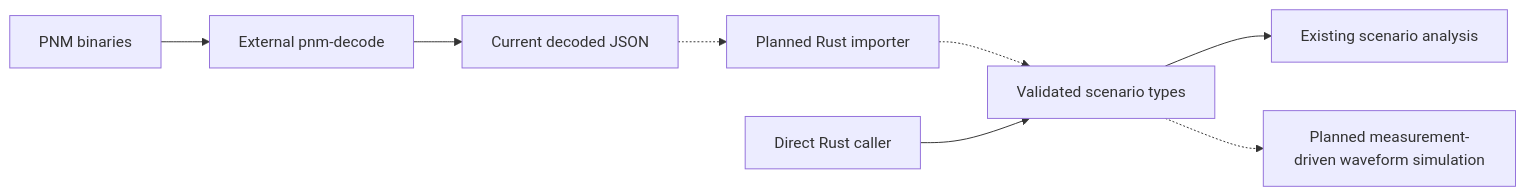
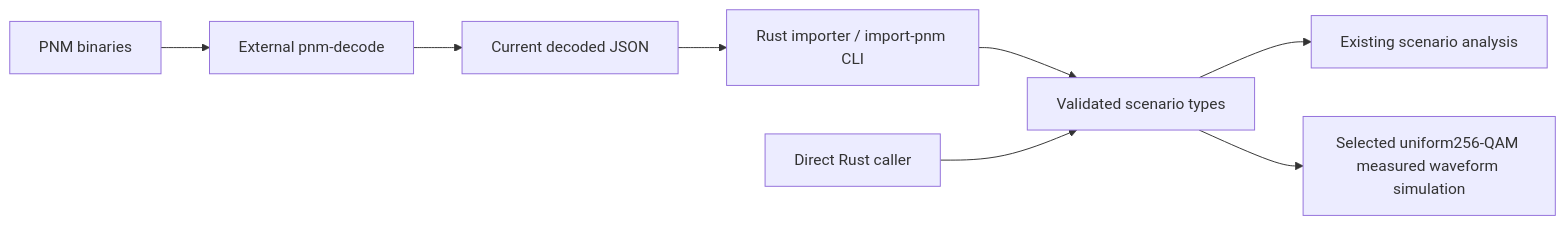
The diagram in docs/user/measurement-inputs/README.md (mgarcia01752/merlin), drawn with Mermaid before and after one commit. The commit also changed other lines of this file and 56 other files, not shown here.

````diff
--- a/docs/user/measurement-inputs/README.md
+++ b/docs/user/measurement-inputs/README.md
@@ -9,10 +9,10 @@
 ```mermaid
 flowchart LR
     FILES["PNM binaries"] --> DECODE["External pnm-decode"]
     DECODE --> JSON["Current decoded JSON"]
-    JSON -.-> IMPORT["Planned Rust importer"]
-    IMPORT -.-> SCENARIO["Validated scenario types"]
+    JSON --> IMPORT["Rust importer / import-pnm CLI"]
+    IMPORT --> SCENARIO["Validated scenario types"]
     RUST["Direct Rust caller"] --> SCENARIO
     SCENARIO --> ANALYSIS["Existing scenario analysis"]
-    SCENARIO -.-> CHANNEL["Planned measurement-driven waveform simulation"]
+    SCENARIO --> CHANNEL["Selected uniform256-QAM measured waveform simulation"]
 ```
````
